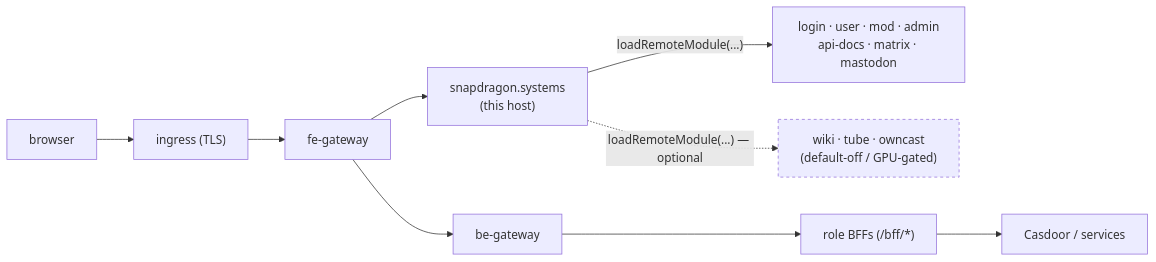
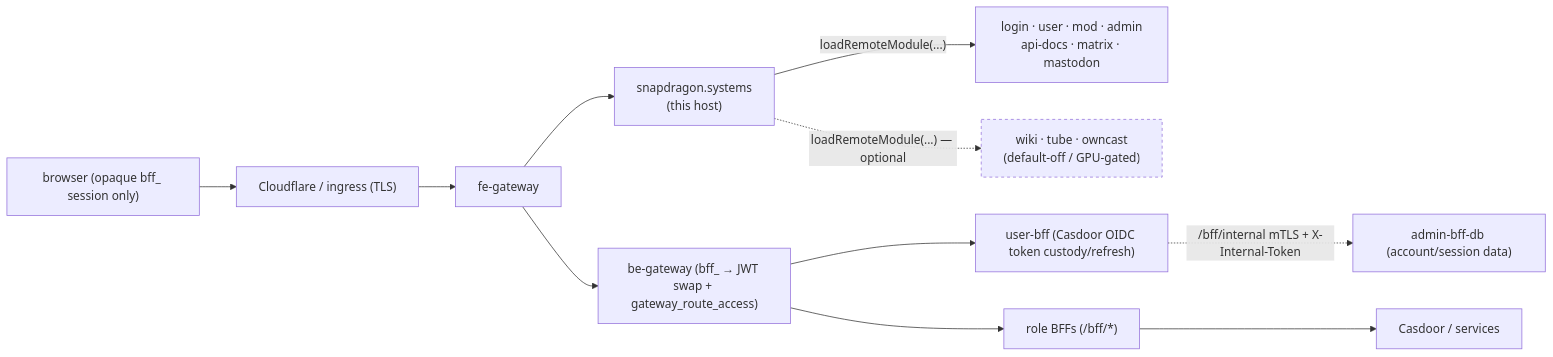
Before and after one commit to hugmesh/hugmesh-host-shell: the diagram in README.md, drawn with Mermaid. The commit also changed other lines of this file, not shown here.

Commit message:
docs(readme): refresh current state + roadmap (auth relocation, Boot4/commons, SCG-5) (#91)

````diff
--- a/README.md
+++ b/README.md
@@ -60,14 +112,16 @@
 ```mermaid
 flowchart LR
-  browser["browser"] --> ingress["ingress (TLS)"]
+  browser["browser (opaque bff_ session only)"] --> ingress["Cloudflare / ingress (TLS)"]
   ingress --> fe["fe-gateway"]
   fe --> host["snapdragon.systems<br/>(this host)"]
   host -->|"loadRemoteModule(...)"| core["login · user · mod · admin<br/>api-docs · matrix · mastodon"]
   host -.->|"loadRemoteModule(...) — optional"| opt["wiki · tube · owncast<br/>(default-off / GPU-gated)"]
-  fe --> be["be-gateway"]
+  fe --> be["be-gateway (bff_ → JWT swap + gateway_route_access)"]
+  be --> ubff["user-bff (Casdoor OIDC token custody/refresh)"]
   be --> bff["role BFFs (/bff/*)"]
+  ubff -.->|"/bff/internal mTLS + X-Internal-Token"| abff["admin-bff-db (account/session data)"]
   bff --> svc["Casdoor / services"]
 
   classDef planned stroke-dasharray:4
   class opt planned
 ```
````
